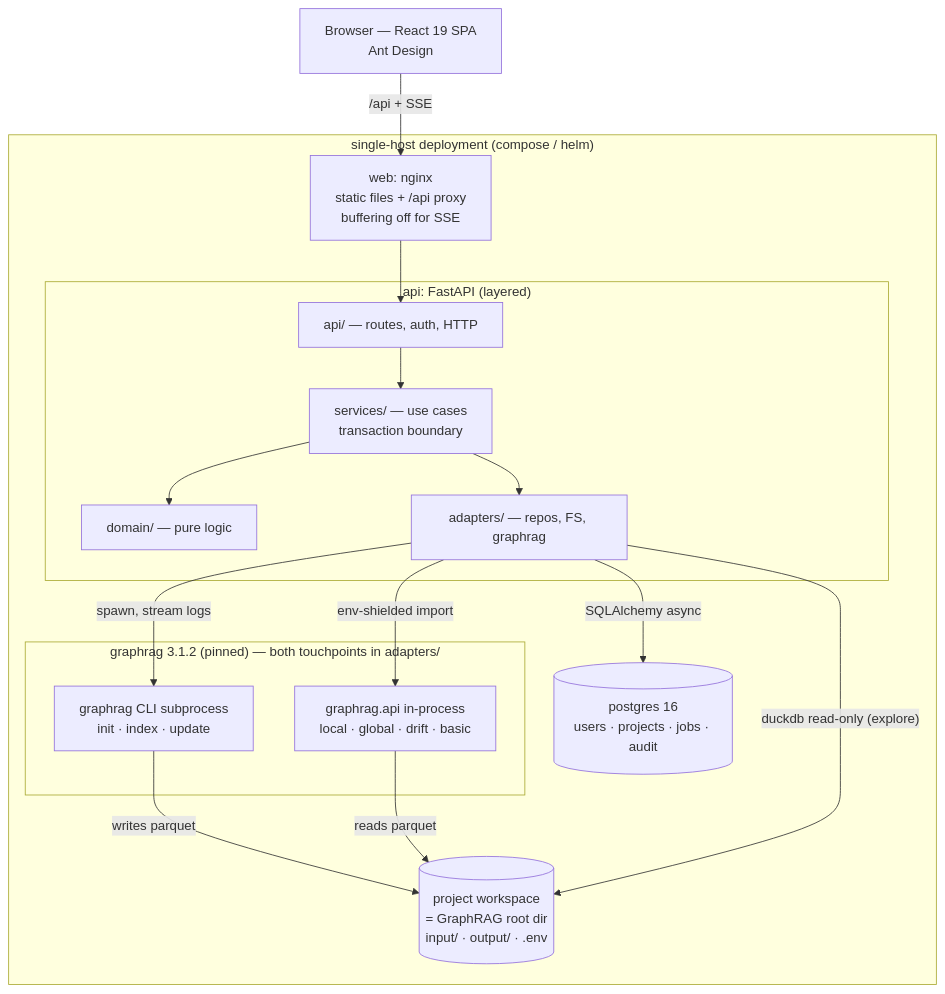
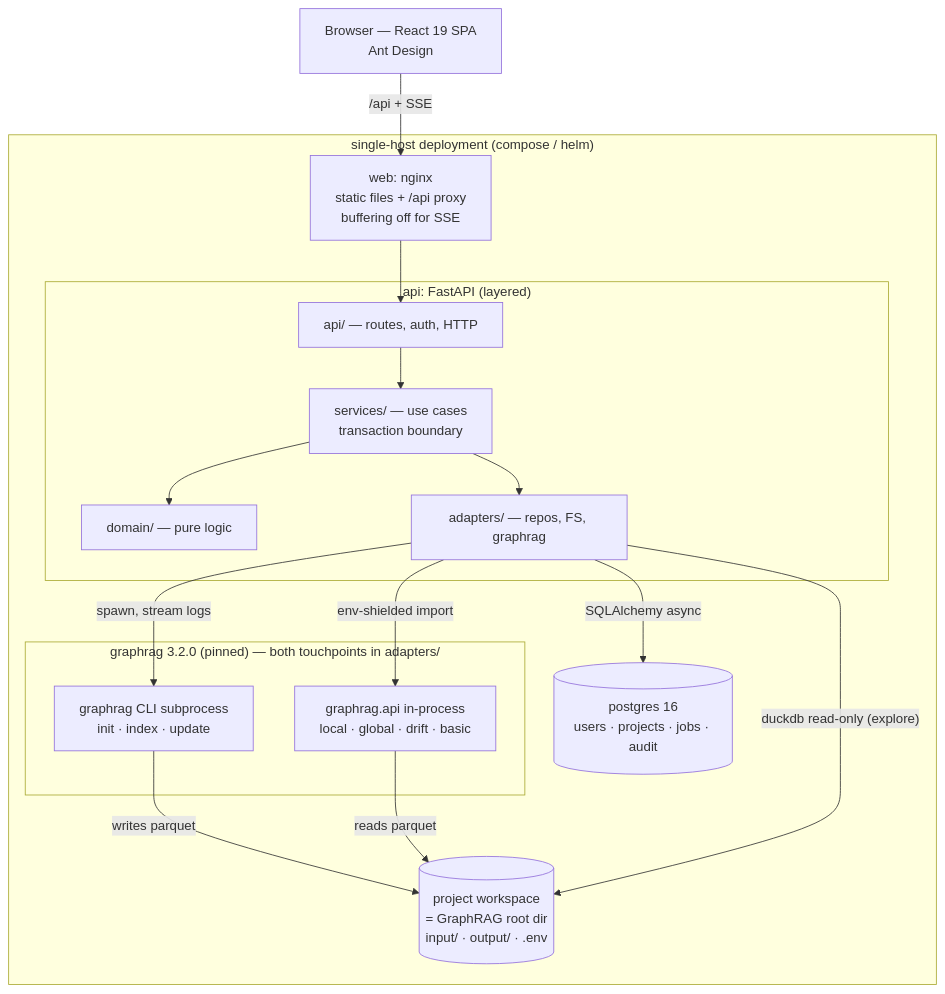
The first of 3 diagrams in README.md (kehao-playground/graphrag-web-ui), drawn with Mermaid before and after one commit. The commit also changed other lines of this file and 7 other files, not shown here.

First line of the commit message:
build(deps): bump graphrag to 3.2.0

````diff
--- a/README.md
+++ b/README.md
@@ -43,25 +43,25 @@
 ```mermaid
 graph TB
     B["Browser — React 19 SPA<br/>Ant Design"] -->|"/api + SSE"| N
     subgraph stack["single-host deployment (compose / helm)"]
         N["web: nginx<br/>static files + /api proxy<br/>buffering off for SSE"]
         subgraph API["api: FastAPI (layered)"]
             L1["api/ — routes, auth, HTTP"] --> L2["services/ — use cases<br/>transaction boundary"]
             L2 --> L3["domain/ — pure logic"]
             L2 --> L4["adapters/ — repos, FS, graphrag"]
         end
         PG[("postgres 16<br/>users · projects · jobs · audit")]
-        subgraph GR["graphrag 3.1.2 (pinned) — both touchpoints in adapters/"]
+        subgraph GR["graphrag 3.2.0 (pinned) — both touchpoints in adapters/"]
             CLI["graphrag CLI subprocess<br/>init · index · update"]
             LIB["graphrag.api in-process<br/>local · global · drift · basic"]
         end
         WS[("project workspace<br/>= GraphRAG root dir<br/>input/ · output/ · .env")]
     end
     N --> L1
     L4 -->|"SQLAlchemy async"| PG
     L4 -->|"spawn, stream logs"| CLI
     L4 -->|"env-shielded import"| LIB
     CLI -->|"writes parquet"| WS
     LIB -->|"reads parquet"| WS
     L4 -->|"duckdb read-only (explore)"| WS
 ```
````
